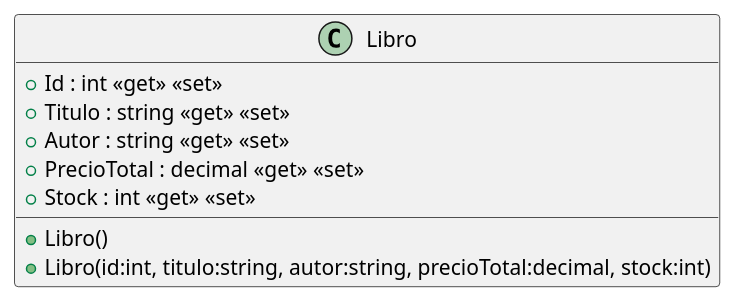
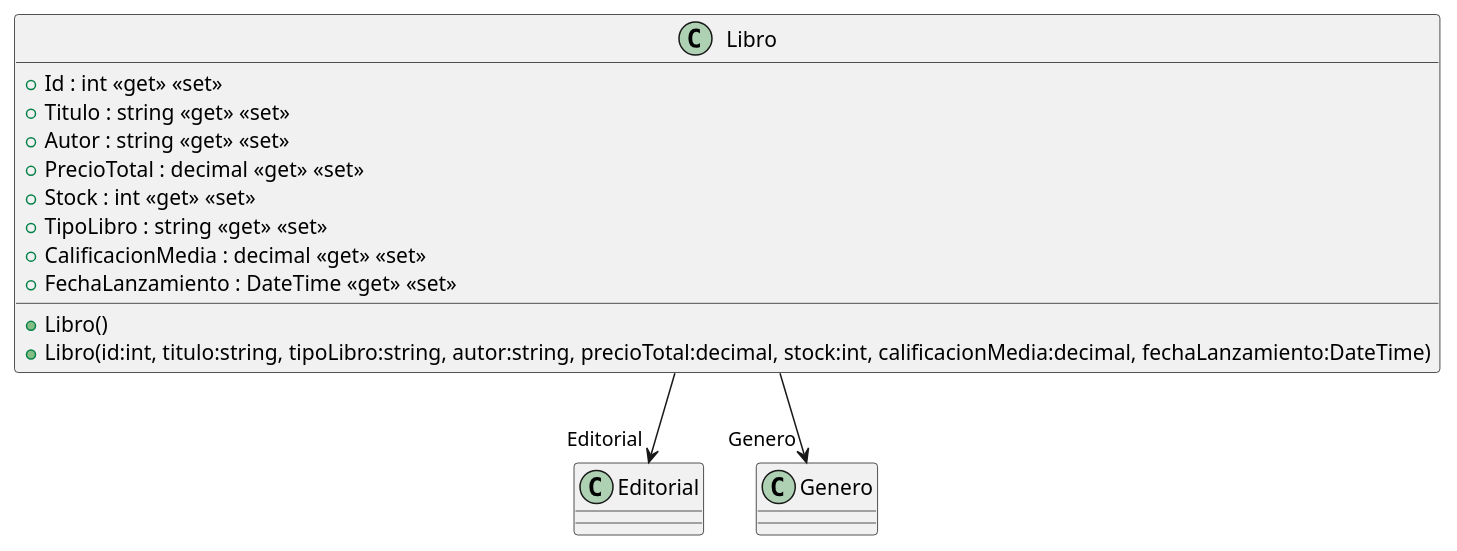
The diagram in src/AppForSEII.API/ClassDiagram/Libro.puml (ISII2627LosElnes/ISII2627LosElnes), drawn with PlantUML before and after one commit. The commit also changed 6 other files, not shown here.

```diff
--- a/src/AppForSEII.API/ClassDiagram/Libro.puml
+++ b/src/AppForSEII.API/ClassDiagram/Libro.puml
@@ -1,11 +1,19 @@
 @startuml
+
 class Libro {
     + Libro()
-    + Libro(id:int, titulo:string, autor:string, precioTotal:decimal, stock:int)
+    + Libro(id:int, titulo:string, tipoLibro:string, autor:string, precioTotal:decimal, stock:int, calificacionMedia:decimal, fechaLanzamiento:DateTime)
     + Id : int <<get>> <<set>>
     + Titulo : string <<get>> <<set>>
     + Autor : string <<get>> <<set>>
     + PrecioTotal : decimal <<get>> <<set>>
     + Stock : int <<get>> <<set>>
+    + TipoLibro : string <<get>> <<set>>
+    + CalificacionMedia : decimal <<get>> <<set>>
+    + FechaLanzamiento : DateTime <<get>> <<set>>
 }
+
+Libro --> "Editorial" Editorial
+Libro --> "Genero" Genero
+
 @enduml
```
